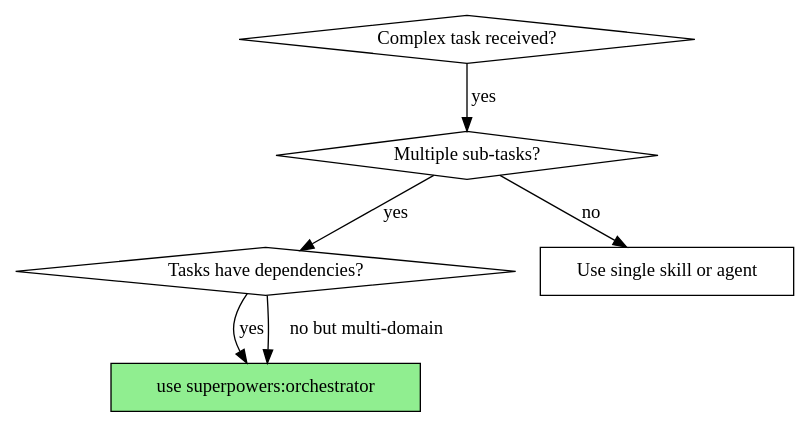
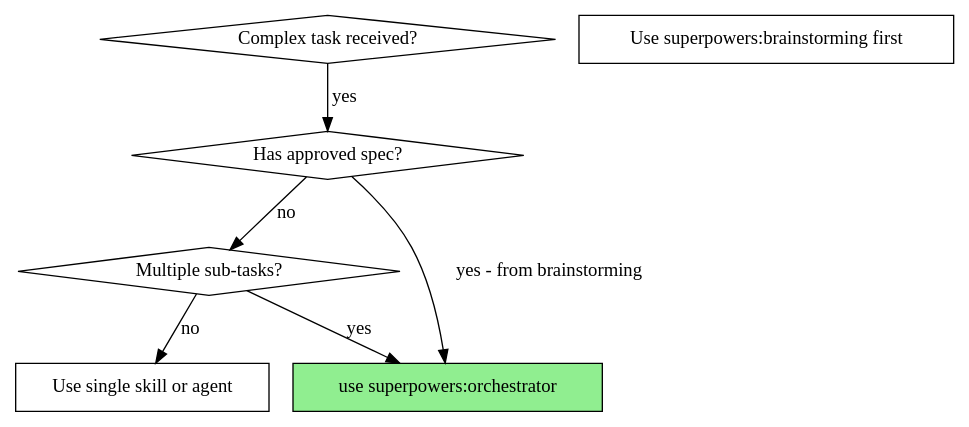
Before and after one commit to Luckybbbbb/superpower-claude-plus: the diagram in skills/orchestrator/SKILL.md, drawn with Graphviz. The commit also changed other lines of this file and 2 other files, not shown here.

First line of the commit message:
refactor: integrate orchestrator into brainstorming flow

````diff
--- a/skills/orchestrator/SKILL.md
+++ b/skills/orchestrator/SKILL.md
@@ -18,15 +18,16 @@
 ```dot
 digraph when_to_use {
     "Complex task received?" [shape=diamond];
+    "Has approved spec?" [shape=diamond];
     "Multiple sub-tasks?" [shape=diamond];
-    "Tasks have dependencies?" [shape=diamond];
     "use superpowers:orchestrator" [shape=box, style=filled, fillcolor=lightgreen];
     "Use single skill or agent" [shape=box];
+    "Use superpowers:brainstorming first" [shape=box];
 
-    "Complex task received?" -> "Multiple sub-tasks?" [label="yes"];
-    "Multiple sub-tasks?" -> "Tasks have dependencies?" [label="yes"];
-    "Tasks have dependencies?" -> "use superpowers:orchestrator" [label="yes"];
-    "Tasks have dependencies?" -> "use superpowers:orchestrator" [label="no but multi-domain"];
+    "Complex task received?" -> "Has approved spec?" [label="yes"];
+    "Has approved spec?" -> "use superpowers:orchestrator" [label="yes - from brainstorming"];
+    "Has approved spec?" -> "Multiple sub-tasks?" [label="no"];
+    "Multiple sub-tasks?" -> "use superpowers:orchestrator" [label="yes"];
     "Multiple sub-tasks?" -> "Use single skill or agent" [label="no"];
 }
 ```
````
